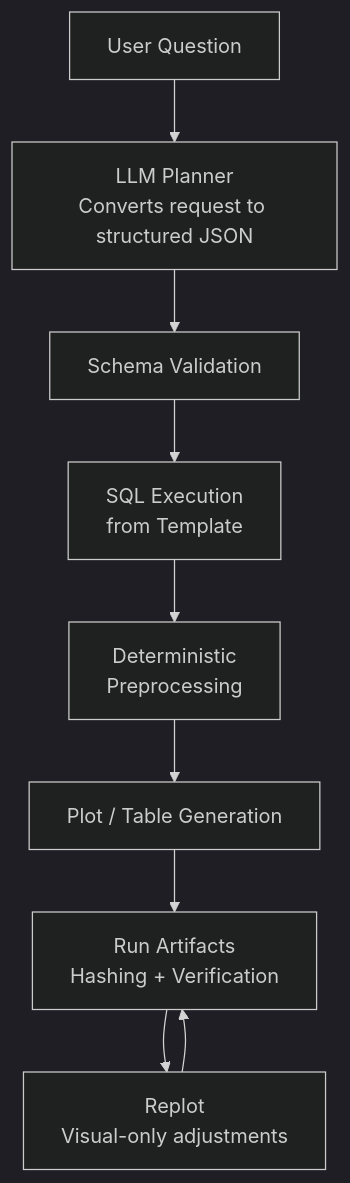
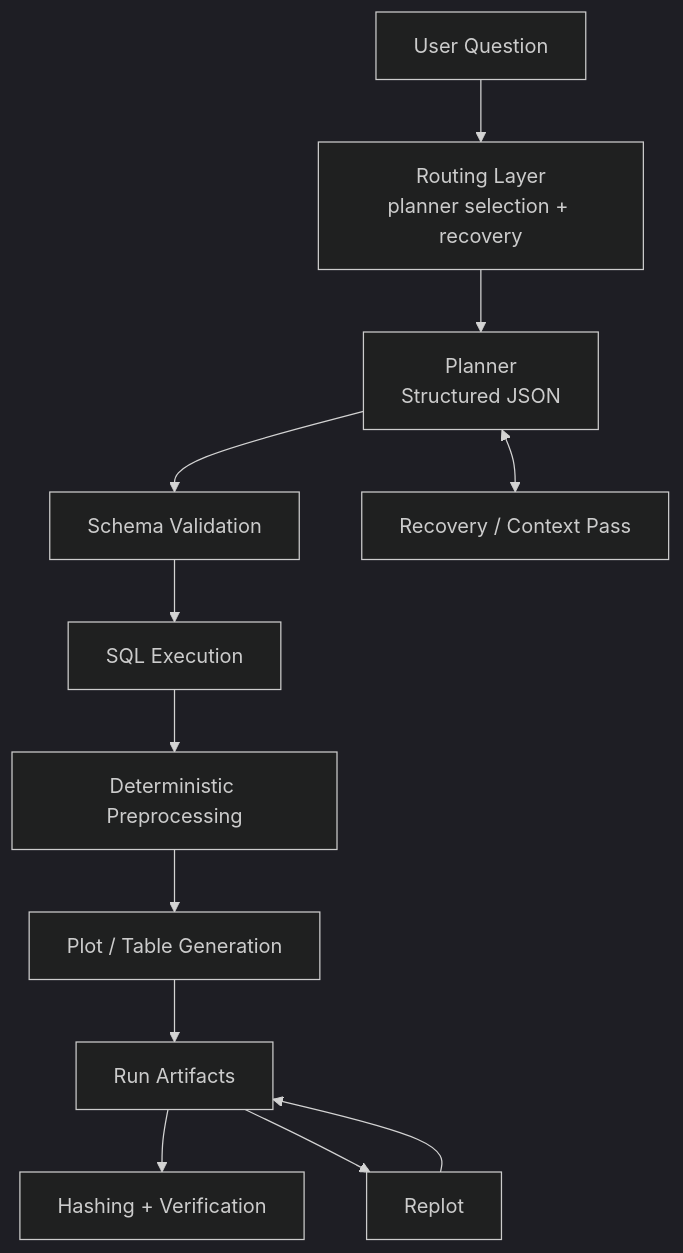
Before and after one commit to michaelm-503/deterministic-spc-agent: the diagram in README.md, drawn with Mermaid (dark theme). The commit also changed other lines of this file and 10 other files, not shown here.

First line of the commit message:
chore: Docs finalized for phase 4 architecture

````diff
--- a/README.md
+++ b/README.md
@@ -185,28 +162,38 @@
 ```mermaid
 flowchart TD
 
 A[User Question]
 
-B[LLM Planner<br/>Converts request to structured JSON]
+B[Routing Layer<br/>planner selection + recovery]
 
-C[Schema Validation]
+C[Planner<br/>Structured JSON]
 
-D[SQL Execution<br/>from Template]
+D[Schema Validation]
 
-E[Deterministic<br/>Preprocessing]
+E[SQL Execution]
 
-F[Plot / Table Generation]
+F[Deterministic Preprocessing]
 
-G[Run Artifacts<br/>Hashing + Verification]
+G[Plot / Table Generation]
 
-H[Replot<br/>Visual-only adjustments]
+H[Run Artifacts]
+
+I[Recovery / Context Pass]
+
+J[Replot]
+
+K[Hashing + Verification]
 
 A --> B
 B --> C
 C --> D
 D --> E
 E --> F
 F --> G
 G --> H
-H --> G
+H --> K
+
+C <--> I
+H --> J
+J --> H
 ```
````
